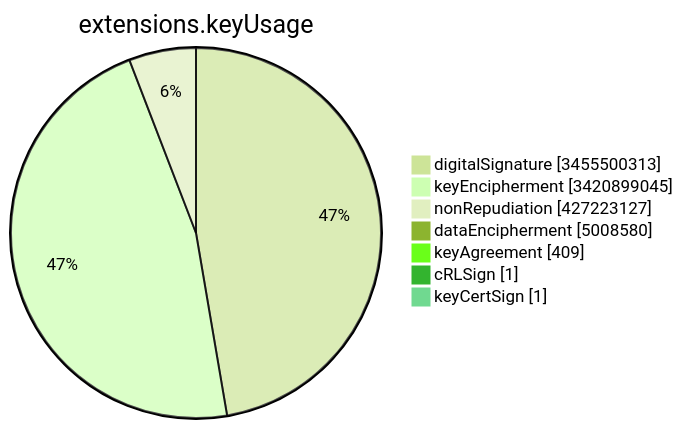
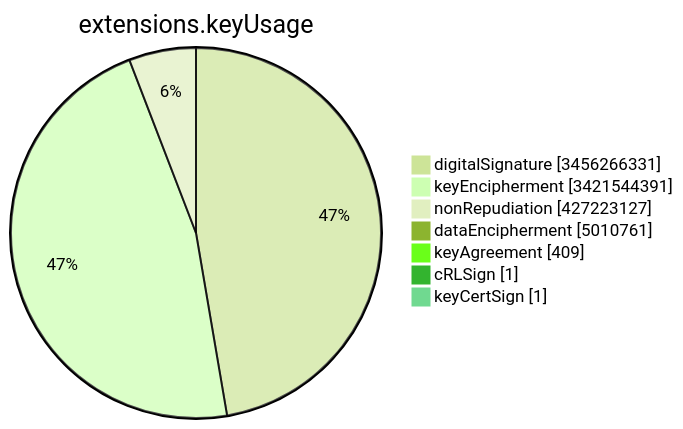
One commit to christiankrug/ctmonitor_visualization changed the sixth of 15 diagrams in TOTAL/README.md. Above: the diagram before and after it, drawn with Mermaid (forest theme). The commit also changed other lines of this file, not shown here.

````diff
--- a/TOTAL/README.md
+++ b/TOTAL/README.md
@@ -3082,11 +3082,11 @@
 ```mermaid
 pie showData
 title extensions.keyUsage
-"digitalSignature" :3455500313
-"keyEncipherment" :3420899045
+"digitalSignature" :3456266331
+"keyEncipherment" :3421544391
 "nonRepudiation" :427223127
-"dataEncipherment" :5008580
+"dataEncipherment" :5010761
 "keyAgreement" :409
 "cRLSign" :1
 "keyCertSign" :1
 ```
````
